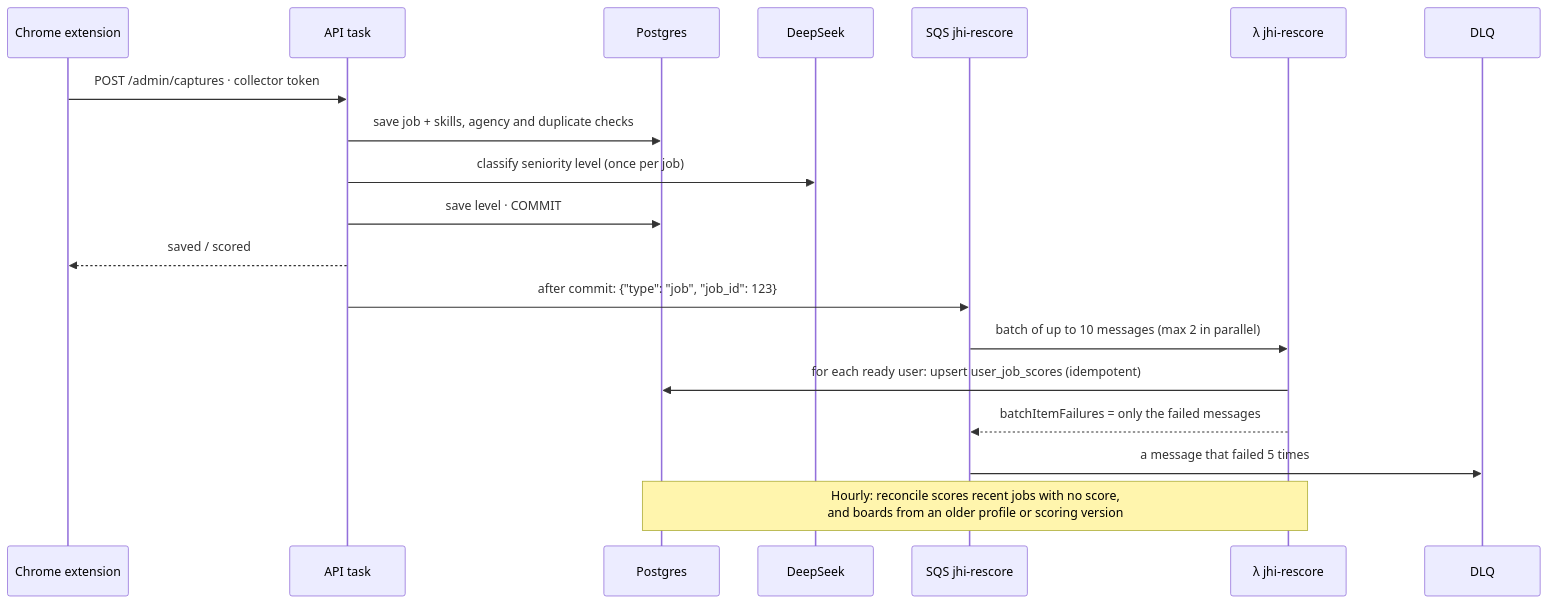
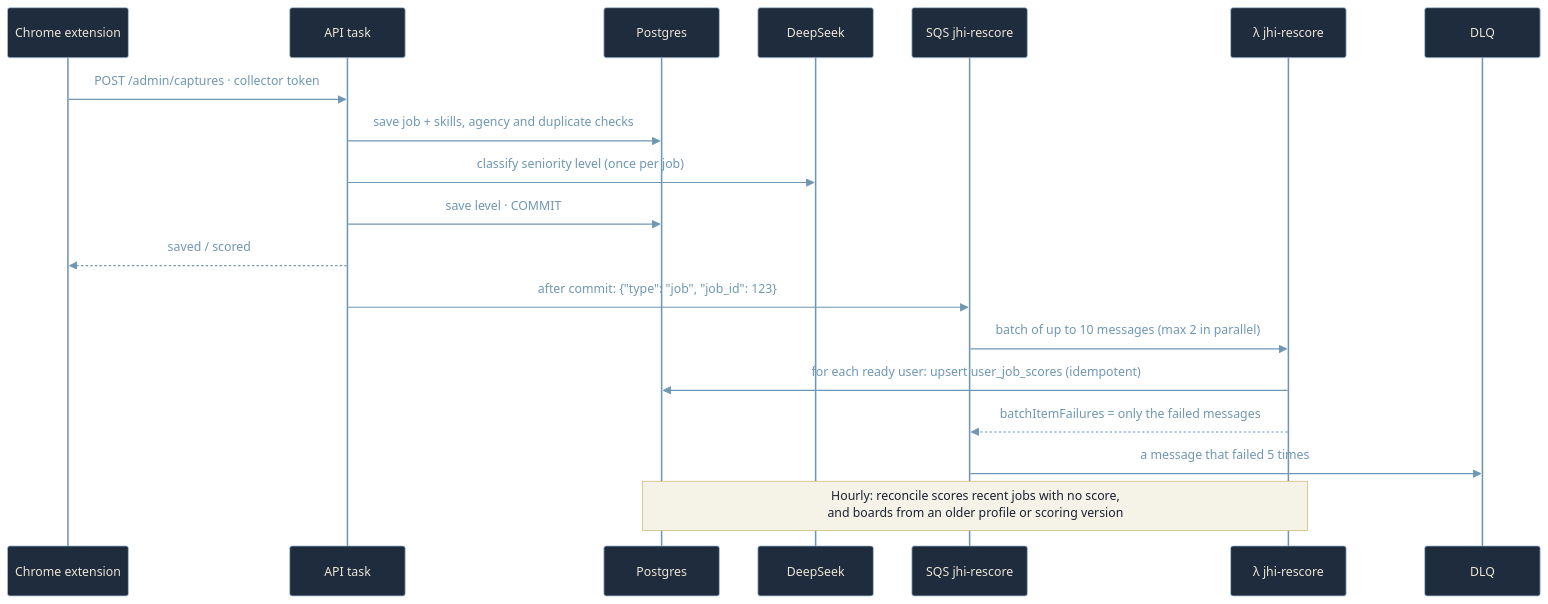
The third of 6 diagrams in docs/productization_build_plan.md (nlp4725/job-hunt-intelligence), drawn with Mermaid before and after one commit. The commit also changed other lines of this file, not shown here.

Commit message:
Plan §1 diagrams: Tender Review deck palette (navy, cream, pale blue, rubric gold); content unchanged

````diff
--- a/docs/productization_build_plan.md
+++ b/docs/productization_build_plan.md
@@ -222,21 +243,22 @@
 ```mermaid
+%%{init: {"theme": "base", "themeVariables": {"fontFamily": "IBM Plex Mono, ui-monospace, Menlo, monospace", "fontSize": "13px", "actorBkg": "#1f2c3d", "actorBorder": "#a8c5d9", "actorTextColor": "#eae5d6", "actorLineColor": "#6f97b3", "signalColor": "#6f97b3", "signalTextColor": "#6f97b3", "labelBoxBkgColor": "#161f2c", "labelBoxBorderColor": "#a8c5d9", "labelTextColor": "#eae5d6", "loopTextColor": "#6f97b3", "noteBkgColor": "#f5f2e8", "noteBorderColor": "#cdbb7a", "noteTextColor": "#1a2230", "activationBkgColor": "#a8c5d9", "activationBorderColor": "#6f97b3"}}}%%
 sequenceDiagram
     participant X as Chrome extension
     participant API as API task
     participant DB as Postgres
     participant DS as DeepSeek
     participant Q as SQS jhi-rescore
     participant L as λ jhi-rescore
     participant D as DLQ
     X->>API: POST /admin/captures · collector token
     API->>DB: save job + skills, agency and duplicate checks
     API->>DS: classify seniority level (once per job)
     API->>DB: save level · COMMIT
     API-->>X: saved / scored
     API->>Q: after commit: {"type": "job", "job_id": 123}
     Q->>L: batch of up to 10 messages (max 2 in parallel)
     L->>DB: for each ready user: upsert user_job_scores (idempotent)
     L-->>Q: batchItemFailures = only the failed messages
     Q->>D: a message that failed 5 times
     Note over L,DB: Hourly: reconcile scores recent jobs with no score,<br/>and boards from an older profile or scoring version
 ```
````
